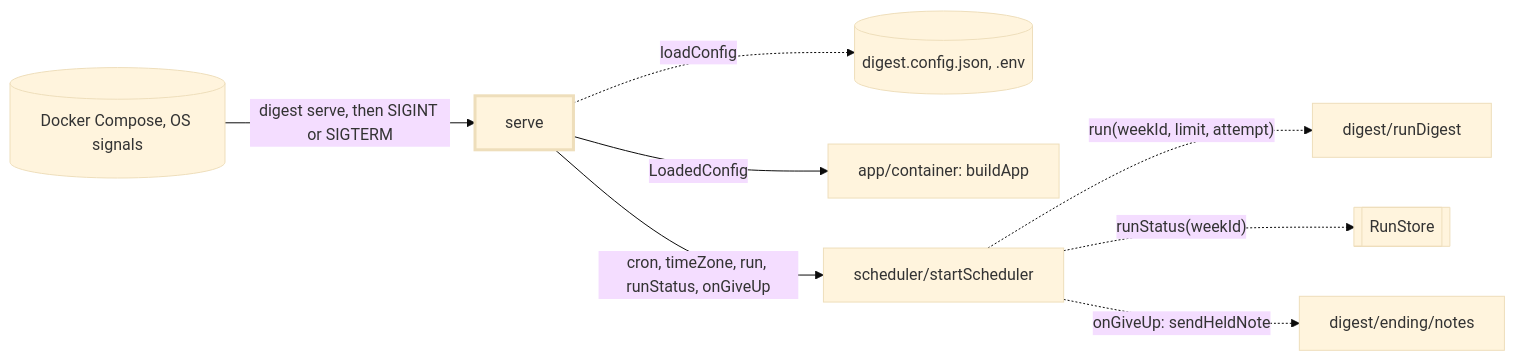
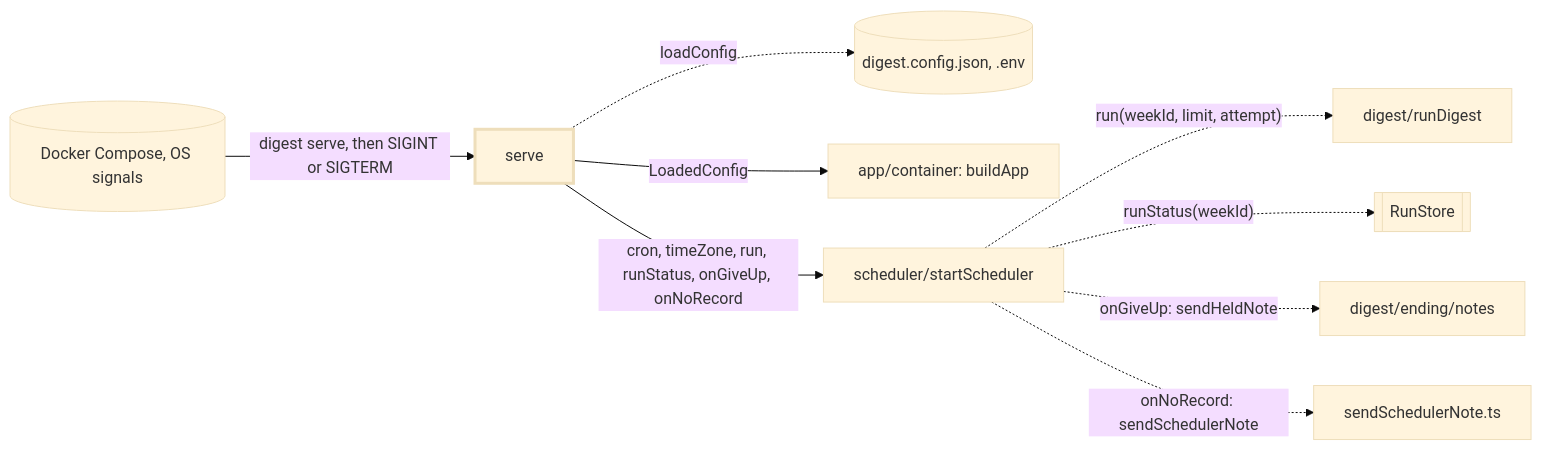
The first of 2 diagrams in src/cli/serve/CLAUDE.md (odere-pro/weekly-engineering-digest-agent), drawn with Mermaid (base theme) before and after one commit. The commit also changed other lines of this file and 72 other files, not shown here.

````diff
--- a/src/cli/serve/CLAUDE.md
+++ b/src/cli/serve/CLAUDE.md
@@ -10,11 +10,12 @@
 ```mermaid
 flowchart LR
   os[("Docker Compose, OS signals")] -->|"digest serve, then SIGINT or SIGTERM"| serve:::focus
   serve -.->|"loadConfig"| cfg[("digest.config.json, .env")]
   serve -->|"LoadedConfig"| app["app/container: buildApp"]
-  serve -->|"cron, timeZone, run, runStatus, onGiveUp"| sched["scheduler/startScheduler"]
+  serve -->|"cron, timeZone, run, runStatus, onGiveUp, onNoRecord"| sched["scheduler/startScheduler"]
   sched -.->|"run(weekId, limit, attempt)"| digest["digest/runDigest"]
   sched -.->|"runStatus(weekId)"| store[[RunStore]]
   sched -.->|"onGiveUp: sendHeldNote"| ending["digest/ending/notes"]
+  sched -.->|"onNoRecord: sendSchedulerNote"| own["sendSchedulerNote.ts"]
   classDef focus stroke-width:3px
 ```
````
